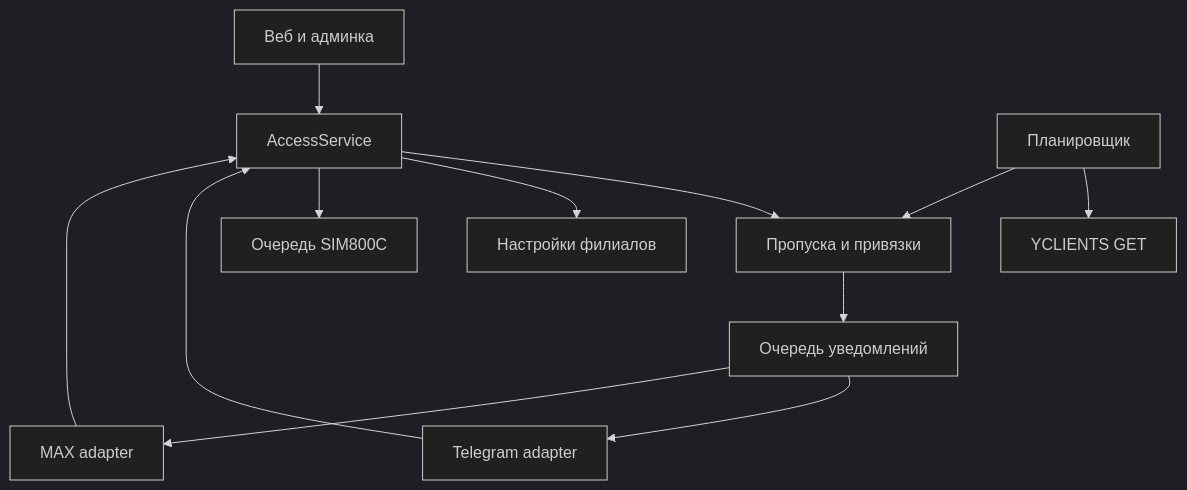
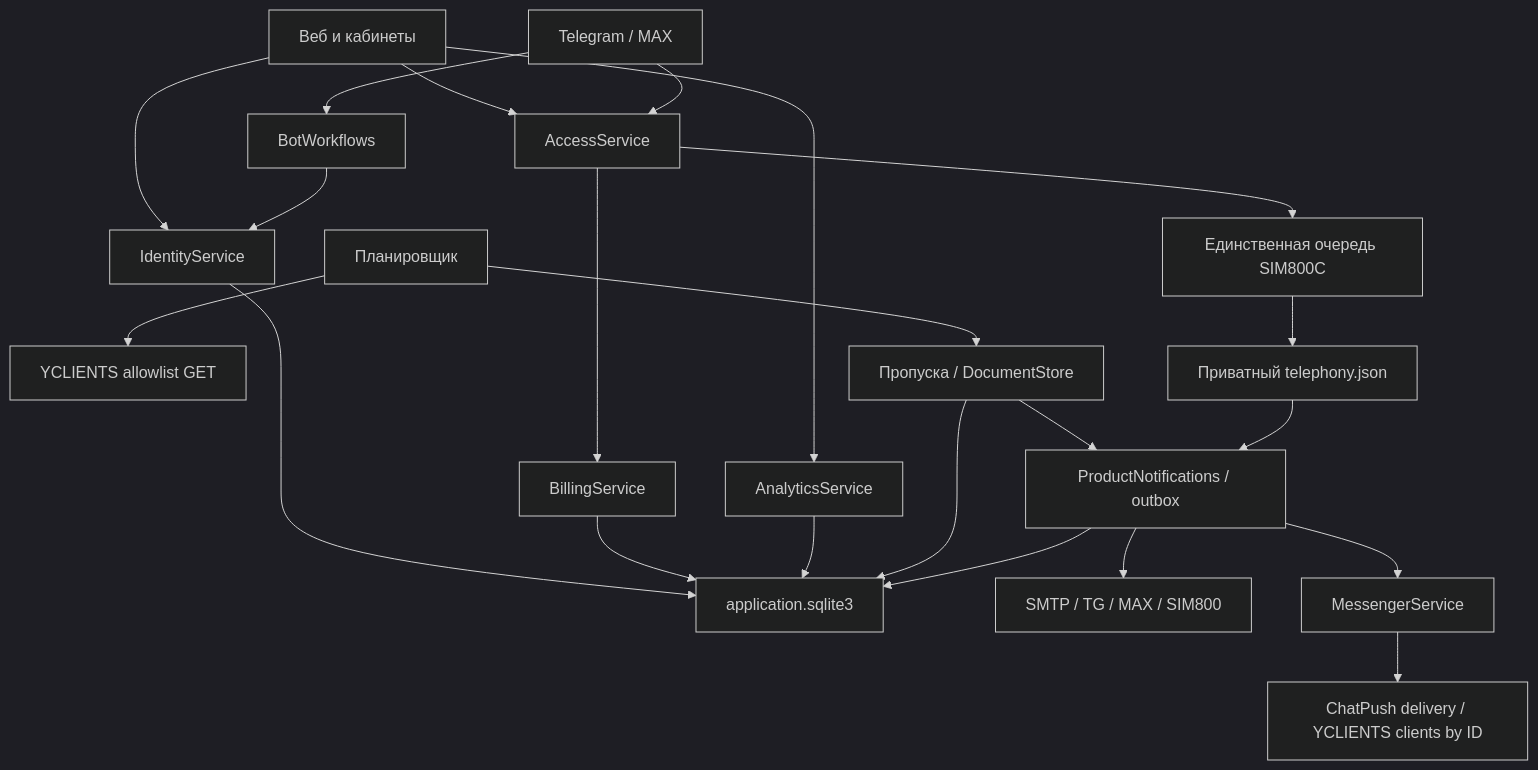
The diagram in docs/ARCHITECTURE.md (zhalenik/gate_bot), drawn with Mermaid (dark theme) before and after one commit. The commit also changed other lines of this file and 260 other files, not shown here.

Commit message:
Complete admin, messaging and YCLIENTS workflows for alpha.11

````diff
--- a/docs/ARCHITECTURE.md
+++ b/docs/ARCHITECTURE.md
@@ -5,14 +7,24 @@
 ```mermaid
 flowchart TD
-  W["Веб и админка"] --> A["AccessService"]
-  T["Telegram adapter"] --> A
-  M["MAX adapter"] --> A
-  A --> L["Пропуска и привязки"]
-  A --> B["Настройки филиалов"]
-  A --> G["Очередь SIM800C"]
-  S["Планировщик"] --> C["YCLIENTS GET"]
-  S --> L
-  L --> N["Очередь уведомлений"]
-  N --> T
-  N --> M
+  W[Веб и кабинеты] --> A[AccessService]
+  T[Telegram / MAX] --> A
+  T --> F[BotWorkflows]
+  W --> I[IdentityService]
+  F --> I
+  A --> B[BillingService]
+  A --> G[Единственная очередь SIM800C]
+  I --> D[application.sqlite3]
+  B --> D
+  W --> Q[AnalyticsService]
+  Q --> D
+  S[Планировщик] --> C[YCLIENTS allowlist GET]
+  S --> L[Пропуска / DocumentStore]
+  L --> D
+  L --> N[ProductNotifications / outbox]
+  N --> D
+  N --> X[SMTP / TG / MAX / SIM800]
+  N --> M[MessengerService]
+  M --> P[ChatPush delivery / YCLIENTS clients by ID]
+  G --> J[Приватный telephony.json]
+  J --> N
 ```
````
